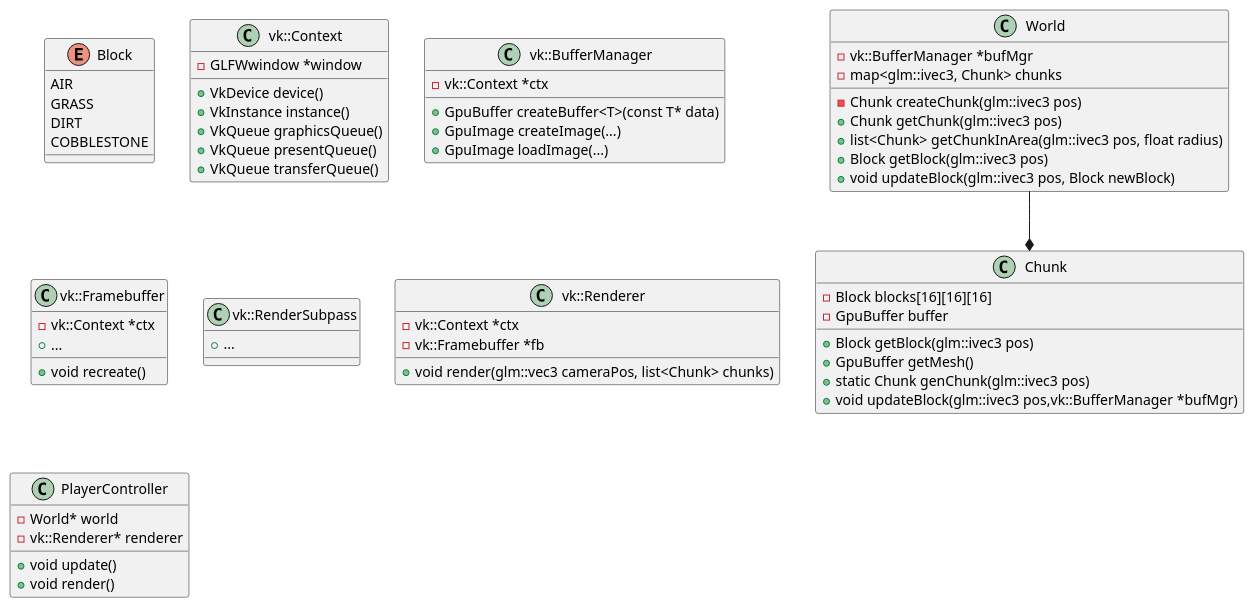
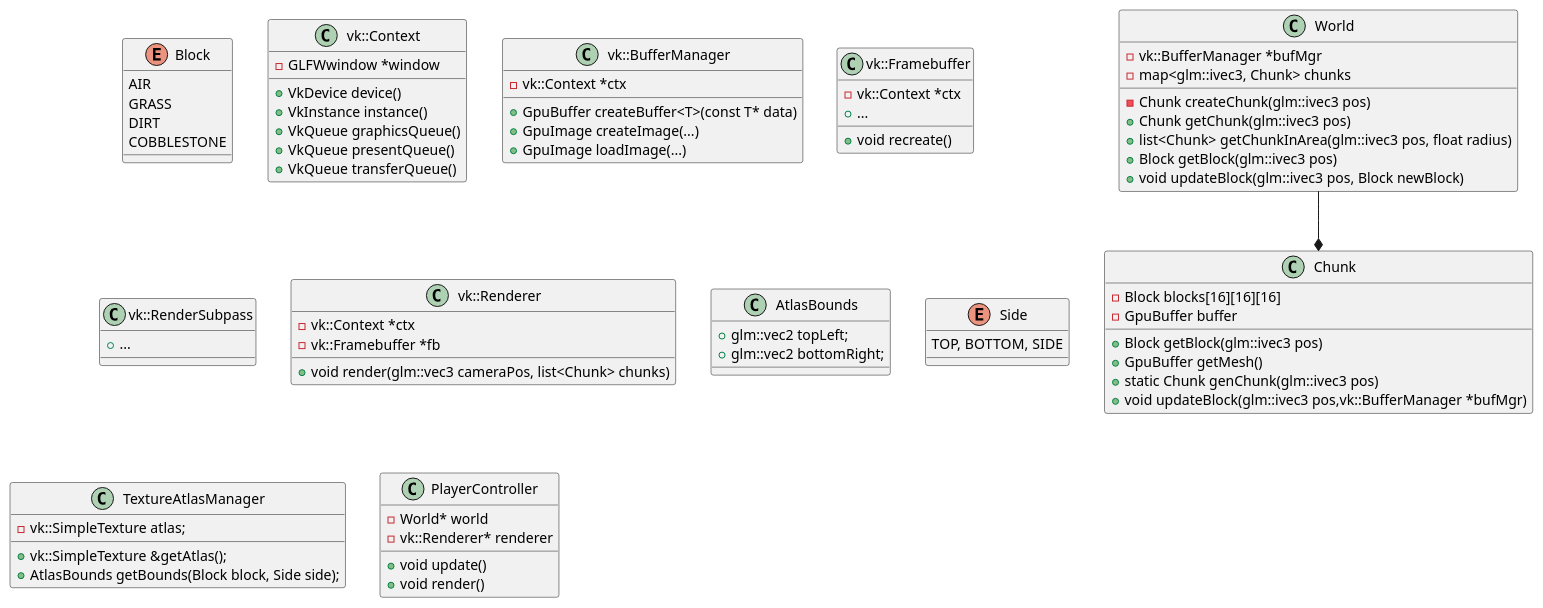
One commit to Tazdevil971/UnnamedMinecraftClone changed the diagram in docs/requirements.md. Above: the diagram before and after it, drawn with PlantUML. The commit also changed 10 other files, not shown here.

```diff
--- a/docs/requirements.md
+++ b/docs/requirements.md
@@ -59,6 +59,21 @@
     + void render(glm::vec3 cameraPos, list<Chunk> chunks)
   }
 
+  class AtlasBounds {
+    + glm::vec2 topLeft;
+    + glm::vec2 bottomRight;
+  }
+
+  enum Side {
+    TOP, BOTTOM, SIDE
+  }
+
+  class TextureAtlasManager {
+    - vk::SimpleTexture atlas;
+    + vk::SimpleTexture &getAtlas();
+    + AtlasBounds getBounds(Block block, Side side);
+  }
+
   class Chunk {
     - Block blocks[16][16][16]
     - GpuBuffer buffer
```
